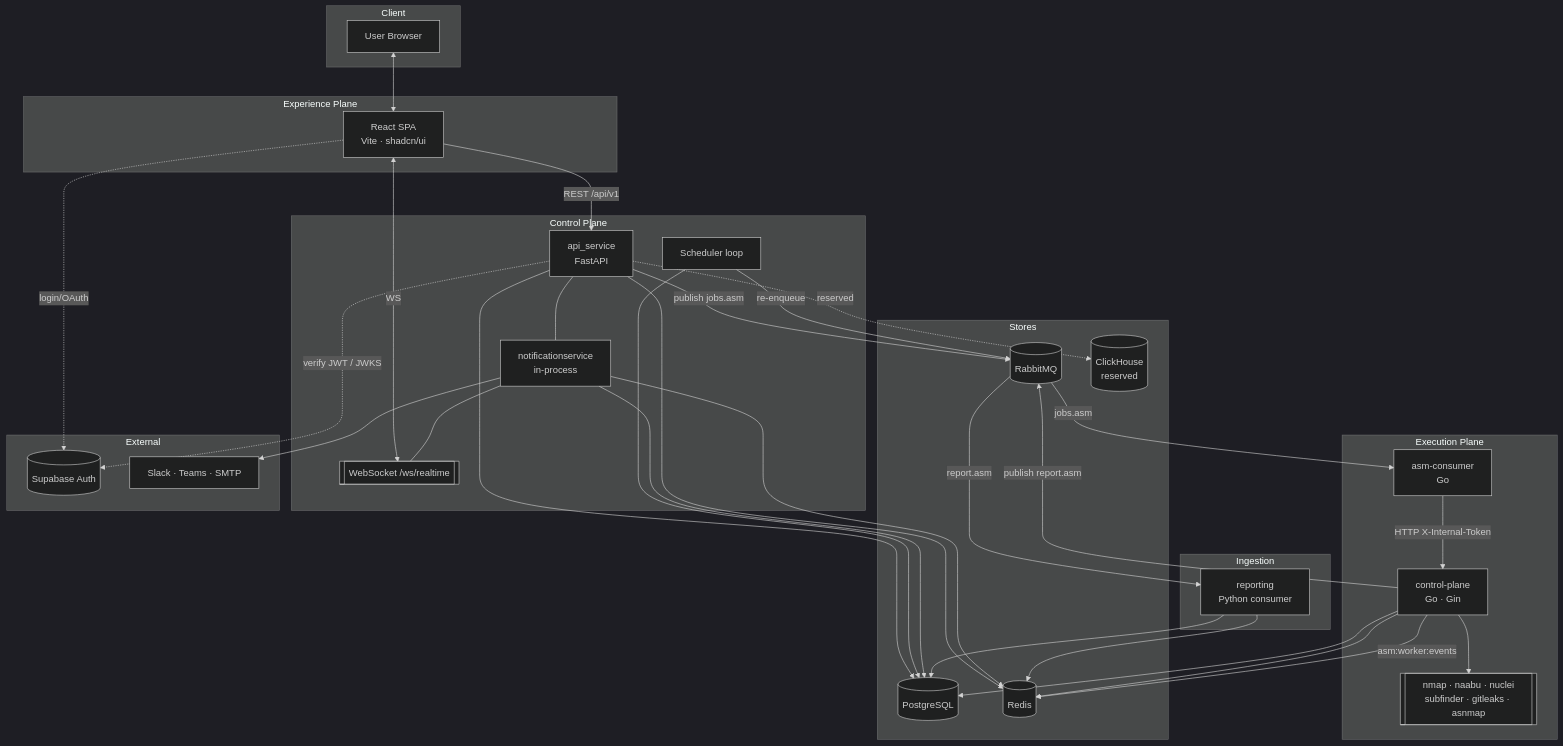
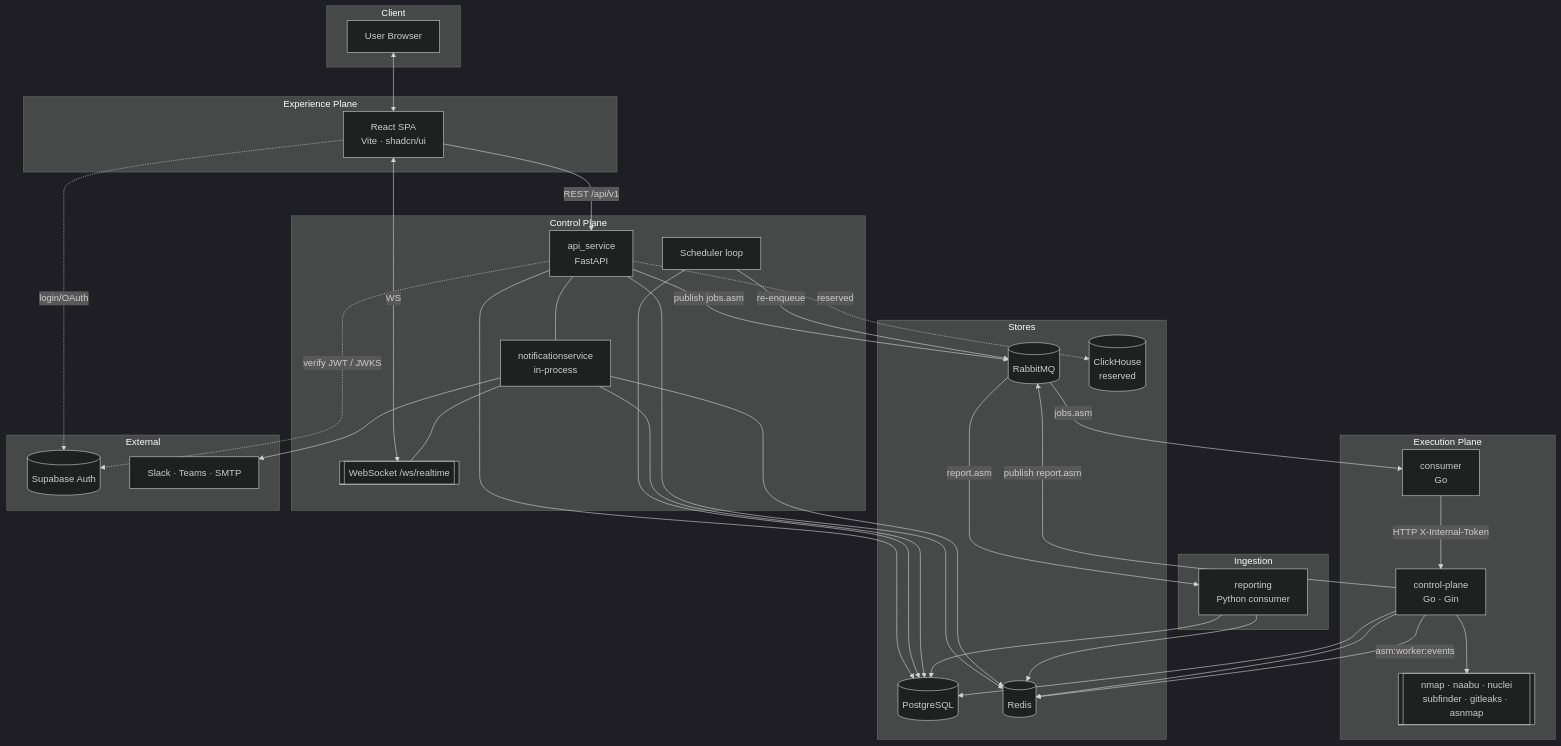
Before and after one commit to pankajneema/cyberSentinel: the first of 5 diagrams in docs/01_developer_guide/architecture_diagram.md, drawn with Mermaid (dark theme). The commit also changed other lines of this file and 182 other files, not shown here.

````diff
--- a/docs/01_developer_guide/architecture_diagram.md
+++ b/docs/01_developer_guide/architecture_diagram.md
@@ -11,60 +11,60 @@
 ```mermaid
 flowchart TB
   subgraph Client
     U[User Browser]
   end
   subgraph Experience Plane
     FE[React SPA<br/>Vite · shadcn/ui]
   end
   subgraph Control Plane
     API[api_service<br/>FastAPI]
     SCH[Scheduler loop]
     NS[notificationservice<br/>in-process]
     WS[[WebSocket /ws/realtime]]
   end
   subgraph Execution Plane
-    CON[asm-consumer<br/>Go]
+    CON[consumer<br/>Go]
     CP[control-plane<br/>Go · Gin]
     TOOLS[[nmap · naabu · nuclei<br/>subfinder · gitleaks · asnmap]]
   end
   subgraph Ingestion
     REP[reporting<br/>Python consumer]
   end
   subgraph Stores
     PG[(PostgreSQL)]
     RD[(Redis)]
     MQ[(RabbitMQ)]
     CH[(ClickHouse<br/>reserved)]
   end
   subgraph External
     SB[(Supabase Auth)]
     CHAN[Slack · Teams · SMTP]
   end
 
   U <--> FE
   FE -->|REST /api/v1| API
   FE <-->|WS| WS
   FE -.->|login/OAuth| SB
   API --> PG
   API --> RD
   API -->|publish jobs.asm| MQ
   API -.->|verify JWT / JWKS| SB
   SCH --> PG
   SCH -->|re-enqueue| MQ
   API --- NS
   NS --> RD
   NS --> PG
   NS --> CHAN
   NS --- WS
   MQ -->|jobs.asm| CON
   CON -->|HTTP X-Internal-Token| CP
   CP --> PG
   CP --> RD
   CP --> TOOLS
   CP -->|publish report.asm| MQ
   CP -->|asm:worker:events| RD
   MQ -->|report.asm| REP
   REP --> RD
   REP --> PG
   API -.->|reserved| CH
 ```
````
